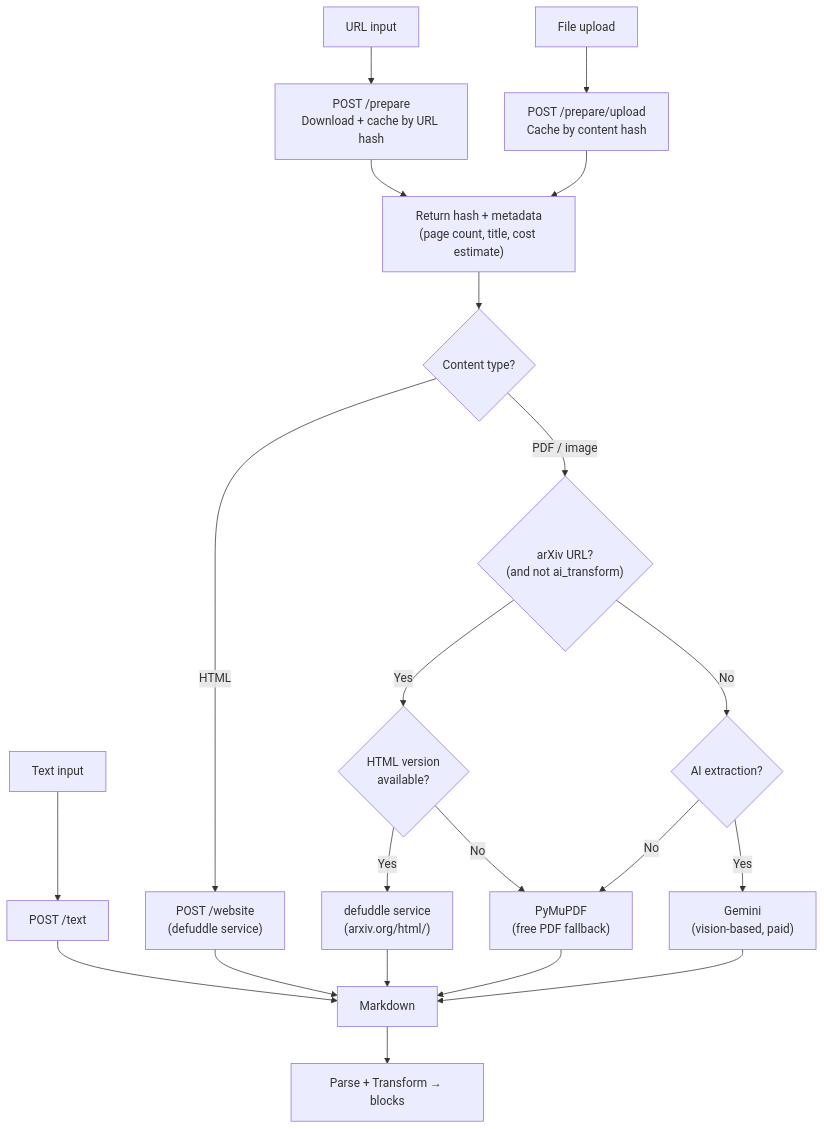
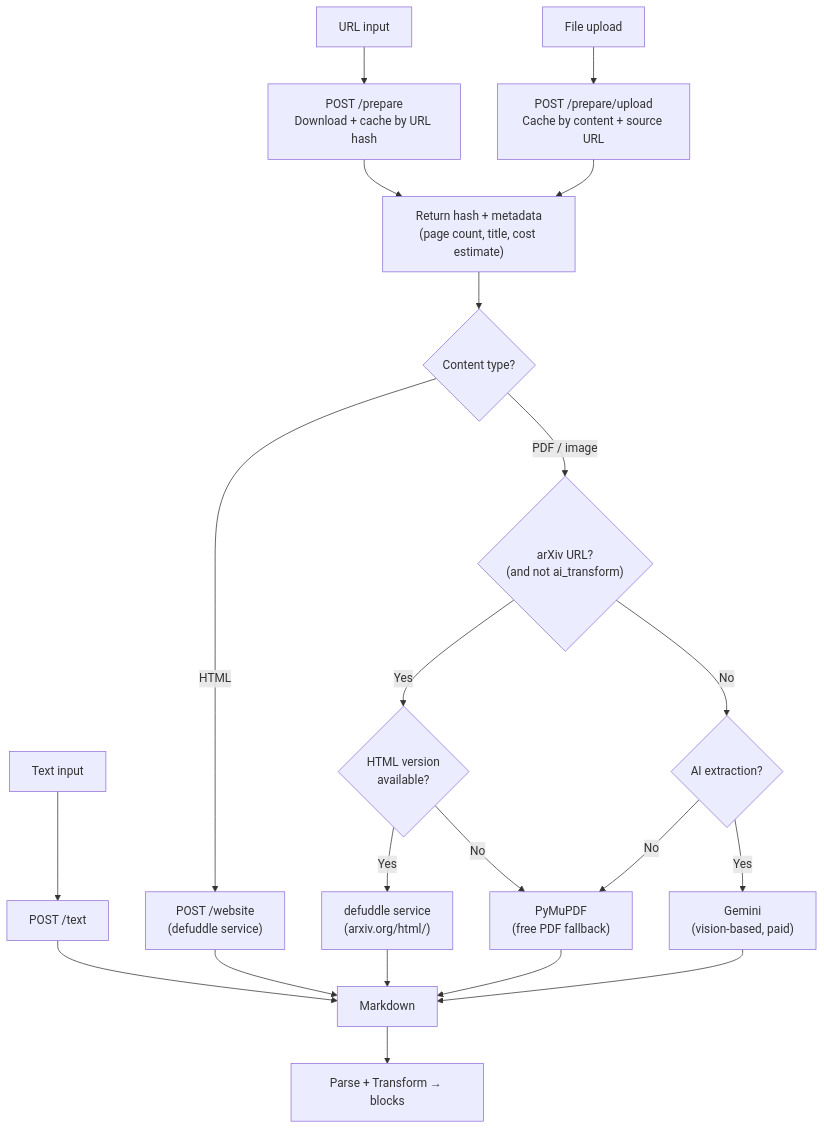
The second of 7 diagrams in docs/architecture.md (yapit-tts/yapit), drawn with Mermaid before and after one commit. The commit also changed 2 other files, not shown here.

Commit message:
review: validate the source URL as an http(s) URL
The frontend opens metadata.url with window.open on a title click
(structuredDocument.tsx:1007), so a form field that accepted any string put a
javascript: URL one upload away from a navigation. HttpUrl is what the URL
path already parses its input as, and it bounds the length too, so the copy of
DocumentMetadata.url's max_length goes with it.

The upload cache key keeps its namespace prefix unhashed — it identifies no
secret, and an entry's origin is then readable straight out of the cache.

Workflow-stage: review

````diff
--- a/docs/architecture.md
+++ b/docs/architecture.md
@@ -61,22 +61,22 @@
 ```mermaid
 flowchart TD
     T["Text input"] --> TEXT["POST /text"]
     U["URL input"] --> P1["POST /prepare<br/>Download + cache by URL hash"]
-    F["File upload"] --> P2["POST /prepare/upload<br/>Cache by content hash"]
+    F["File upload"] --> P2["POST /prepare/upload<br/>Cache by content + source URL"]
 
     P1 & P2 --> META["Return hash + metadata<br/>(page count, title, cost estimate)"]
 
     META --> W{"Content type?"}
     W -->|HTML| WS["POST /website<br/>(defuddle service)"]
 
     W -->|PDF / image| DOC_AX{"arXiv URL?<br/>(and not ai_transform)"}
     DOC_AX -->|Yes| AX_HTML{"HTML version<br/>available?"}
     AX_HTML -->|Yes| DEFUDDLE["defuddle service<br/>(arxiv.org/html/)"]
     AX_HTML -->|No| PYMUPDF["PyMuPDF<br/>(free PDF fallback)"]
     DOC_AX -->|No| AI{"AI extraction?"}
     AI -->|Yes| GEM["Gemini<br/>(vision-based, paid)"]
     AI -->|No| PYMUPDF
 
     TEXT & WS & DEFUDDLE & PYMUPDF & GEM --> MD["Markdown"]
     MD --> PARSE["Parse + Transform → blocks"]
 ```
````
